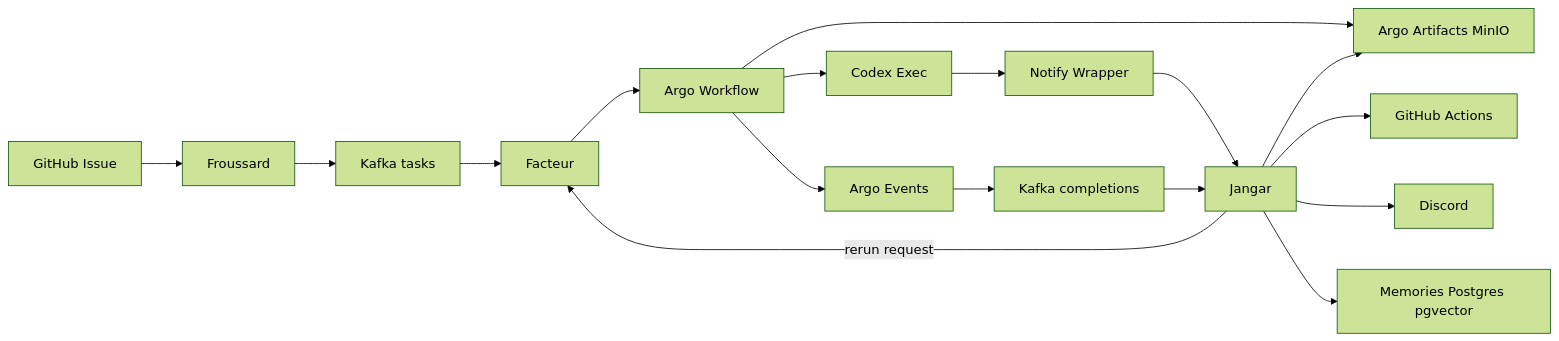
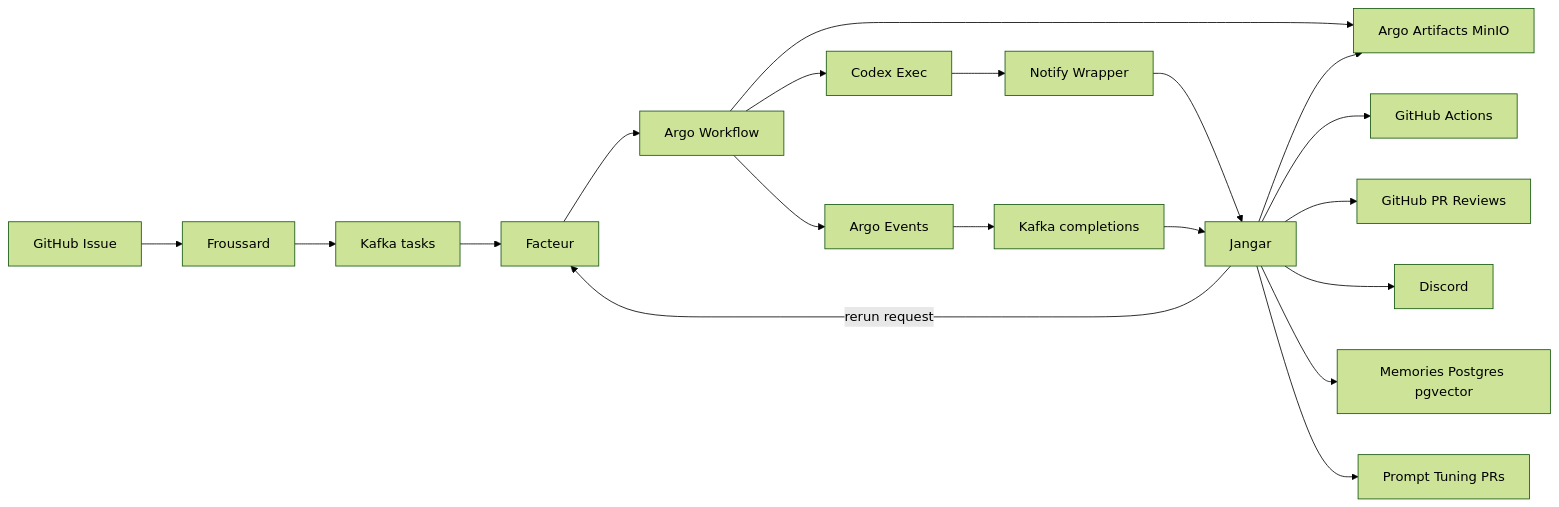
One commit to proompteng/lab changed the first of 3 diagrams in docs/jangar/codex-judge-argo-design.md. Above: the diagram before and after it, drawn with Mermaid (forest theme). The commit also changed other lines of this file and 1 other file, not shown here.

````diff
--- a/docs/jangar/codex-judge-argo-design.md
+++ b/docs/jangar/codex-judge-argo-design.md
@@ -47,19 +48,21 @@
 ```mermaid
 flowchart LR
   GH[GitHub Issue] --> FR[Froussard]
   FR --> KT[Kafka tasks]
   KT --> F[Facteur]
   F --> A[Argo Workflow]
   A --> C[Codex Exec]
   C --> W[Notify Wrapper]
   W --> J[Jangar]
   A --> AE[Argo Events]
   AE --> KC[Kafka completions]
   KC --> J
   A --> M[Argo Artifacts MinIO]
   J --> M
   J --> CI[GitHub Actions]
+  J --> PR[GitHub PR Reviews]
   J --> D[Discord]
   J --> MEM[Memories Postgres pgvector]
   J -->|rerun request| F
+  J --> PT[Prompt Tuning PRs]
 ```
````
